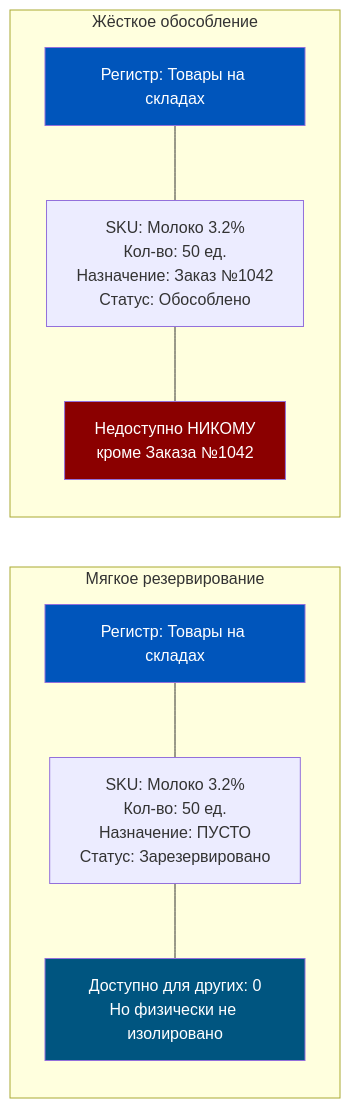
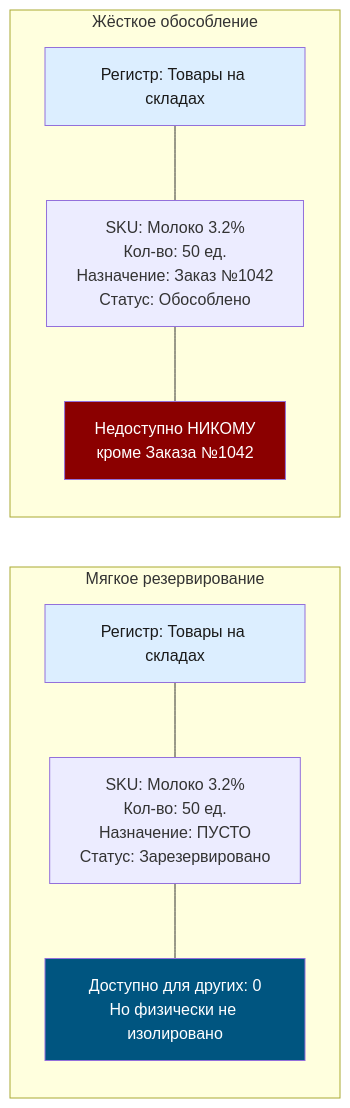
One commit to murad1986/1c-erp-quartz changed the third of 7 diagrams in content/1c-erp/week_6/Неделя 6 - День 1 - Логика резервирования.md. Above: the diagram before and after it, drawn with Mermaid. The commit also changed other lines of this file and 57 other files, not shown here.

First line of the commit message:
fix: Mermaid — пастельные цвета в источниках диаграмм (56 файлов)

````diff
--- a/content/1c-erp/week_6/Неделя 6 - День 1 - Логика резервирования.md
+++ b/content/1c-erp/week_6/Неделя 6 - День 1 - Логика резервирования.md
@@ -172,25 +172,25 @@
 ```mermaid
 flowchart LR
     subgraph Мягкое резервирование
         direction TB
         A1[Регистр: Товары на складах]
         A2[SKU: Молоко 3.2%<br/>Кол-во: 50 ед.<br/>Назначение: ПУСТО<br/>Статус: Зарезервировано]
         A1 --- A2
         A3[Доступно для других: 0<br/>Но физически не изолировано]
         A2 --- A3
     end
 
     subgraph Жёсткое обособление
         direction TB
         B1[Регистр: Товары на складах]
         B2[SKU: Молоко 3.2%<br/>Кол-во: 50 ед.<br/>Назначение: Заказ №1042<br/>Статус: Обособлено]
         B1 --- B2
         B3[Недоступно НИКОМУ<br/>кроме Заказа №1042]
         B2 --- B3
     end
 
-    style A1 fill:#0055BB,color:#fff
-    style B1 fill:#0055BB,color:#fff
+    style A1 fill:#dceeff,color:#1a1a1a
+    style B1 fill:#dceeff,color:#1a1a1a
     style A3 fill:#005580,color:#fff
     style B3 fill:#8B0000,color:#fff
 ```
````
